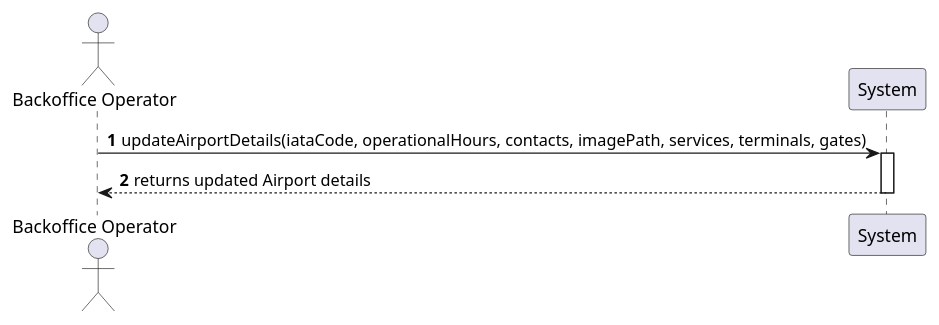
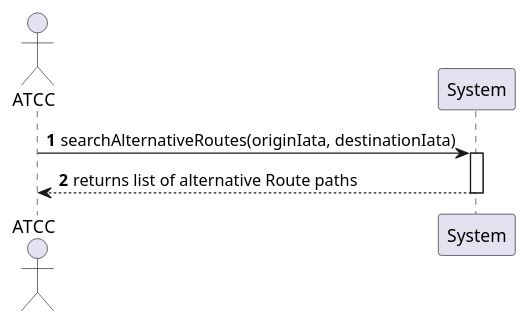
The diagram in docs/system-documentation/use-cases/WP3B/US216/puml/ssd_us216.puml (VascoMagolo/psoft_1231562_1241692_1242036_2db), drawn with PlantUML before and after one commit. The commit also changed 56 other files, not shown here.

```diff
--- a/docs/system-documentation/use-cases/WP3B/US216/puml/ssd_us216.puml
+++ b/docs/system-documentation/use-cases/WP3B/US216/puml/ssd_us216.puml
@@ -1,10 +1,10 @@
 @startuml
 autonumber
-actor "Backoffice Operator" as BO
+actor "ATCC" as BO
 participant "System" as Sys
 
-BO -> Sys : updateAirportDetails(iataCode, operationalHours, contacts, imagePath, services, terminals, gates)
+BO -> Sys : searchAlternativeRoutes(originIata, destinationIata)
 activate Sys
-Sys --> BO : returns updated Airport details
+Sys --> BO : returns list of alternative Route paths
 deactivate Sys
 @enduml
```
